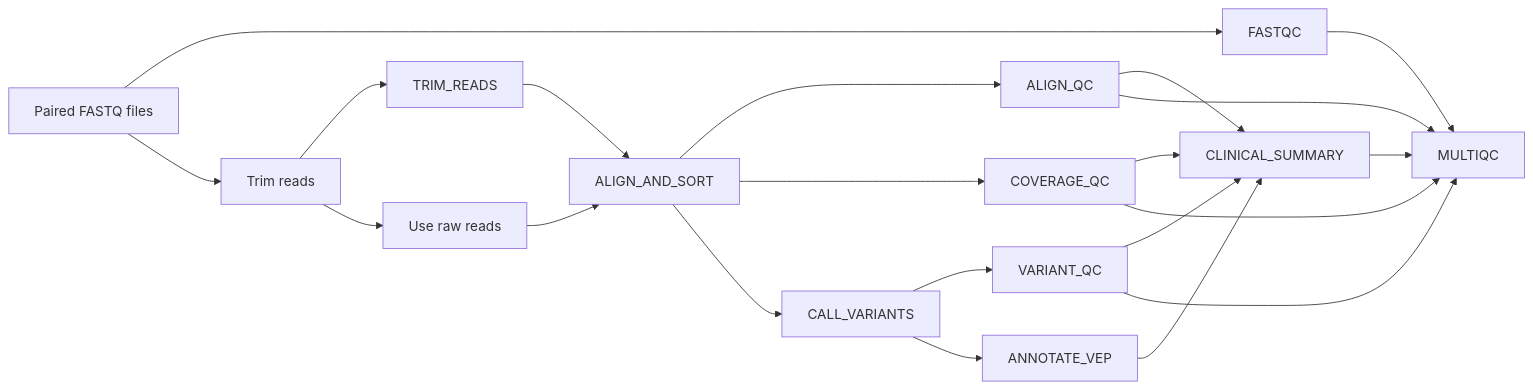
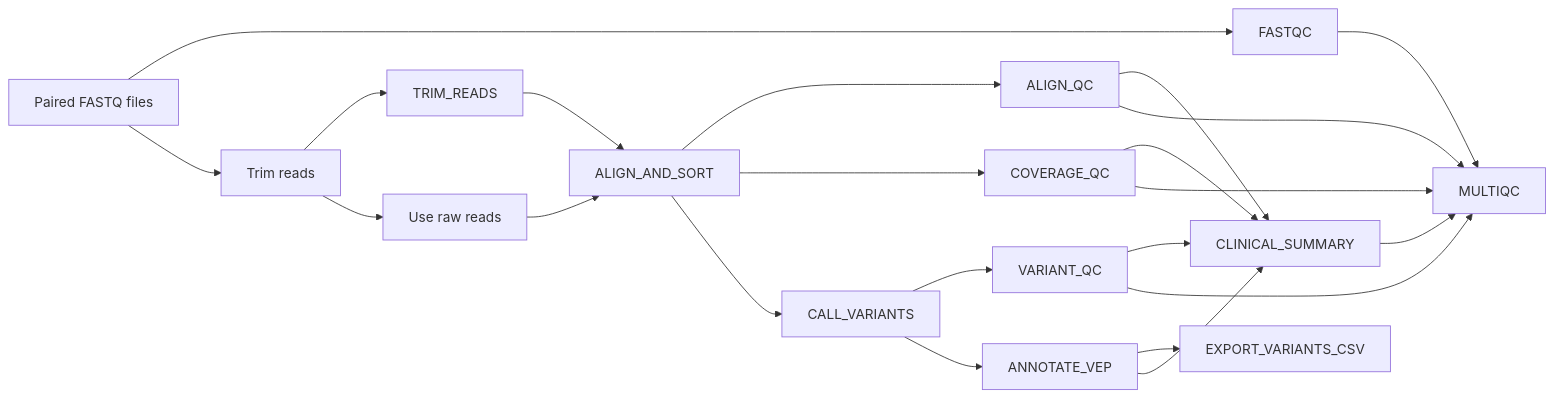
The diagram in README.md (Marcel-Allam/genomics-nextflow-variant-calling), drawn with Mermaid before and after one commit. The commit also changed other lines of this file, not shown here.

Commit message:
Fix Mermaid diagram formatting

````diff
--- a/README.md
+++ b/README.md
@@ -92,30 +93,32 @@
 ```mermaid
 flowchart LR
     R["Paired FASTQ files"] --> FQC["FASTQC"]
 
     R --> TRIM["Trim reads"]
     TRIM --> T["TRIM_READS"]
     TRIM --> U["Use raw reads"]
 
     T --> ALN["ALIGN_AND_SORT"]
     U --> ALN
 
     ALN --> AQC["ALIGN_QC"]
     ALN --> COV["COVERAGE_QC"]
     ALN --> VC["CALL_VARIANTS"]
 
     VC --> VQC["VARIANT_QC"]
     VC --> VEP["ANNOTATE_VEP"]
 
+    VEP --> CSV["EXPORT_VARIANTS_CSV"]
+
     AQC --> CS["CLINICAL_SUMMARY"]
     COV --> CS
     VQC --> CS
     VEP --> CS
 
     CS --> MQC["MULTIQC"]
 
     FQC --> MQC
     AQC --> MQC
     COV --> MQC
     VQC --> MQC
 ```
````
